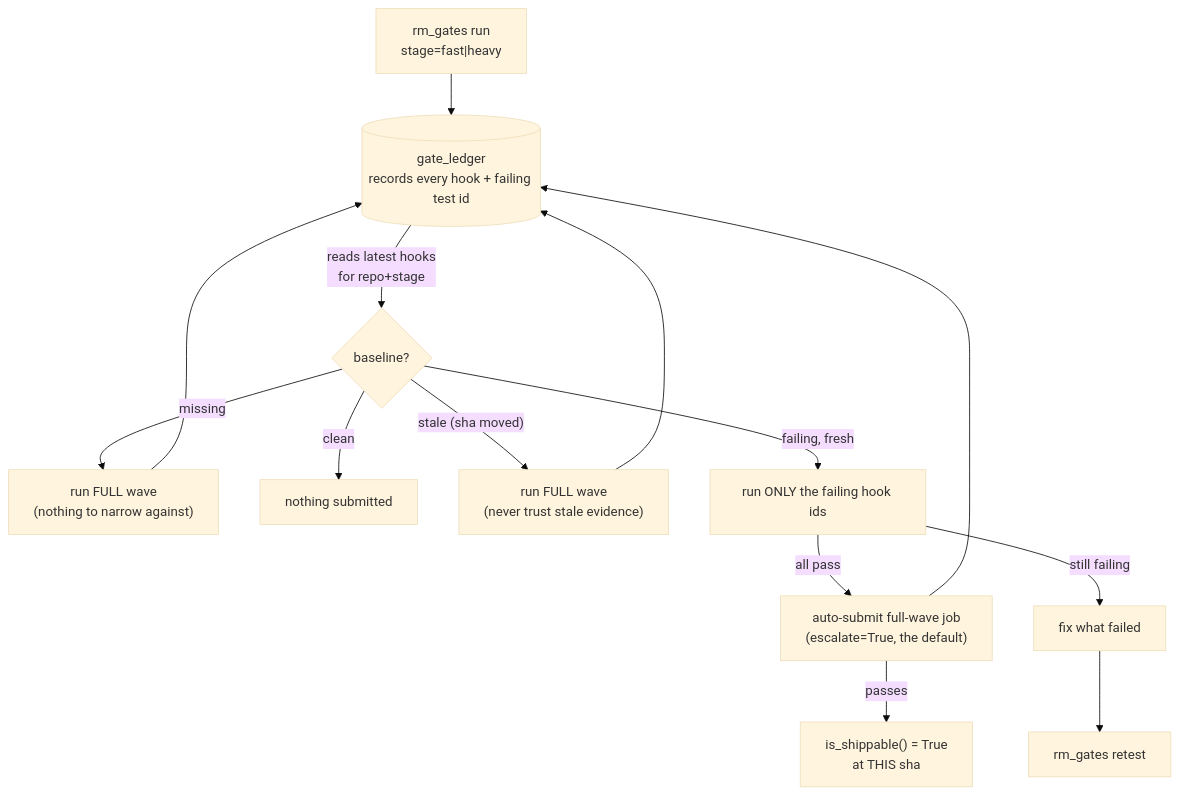
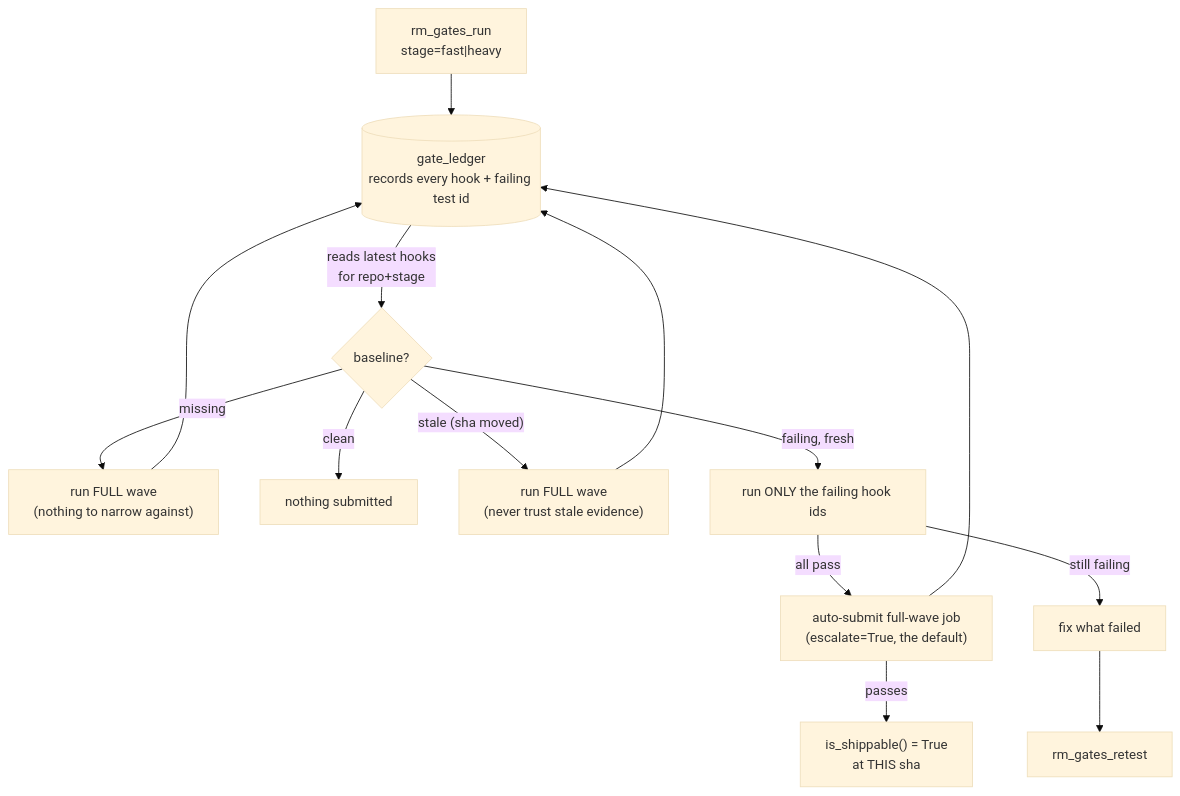
The diagram in repository_manager/skills/repository-manager-gate-execution/SKILL.md (Knuckles-Team/repository-manager), drawn with Mermaid (base theme) before and after one commit. The commit also changed other lines of this file and 33 other files, not shown here.

````diff
--- a/repository_manager/skills/repository-manager-gate-execution/SKILL.md
+++ b/repository_manager/skills/repository-manager-gate-execution/SKILL.md
@@ -140,16 +140,16 @@
 ```mermaid
 flowchart TD
-    Run["rm_gates run<br/>stage=fast|heavy"] --> Ledger[("gate_ledger<br/>records every hook + failing test id")]
-    Fix["fix what failed"] --> Retest["rm_gates retest"]
+    Run["rm_gates_run<br/>stage=fast|heavy"] --> Ledger[("gate_ledger<br/>records every hook + failing test id")]
+    Fix["fix what failed"] --> Retest["rm_gates_retest"]
     Ledger -->|"reads latest hooks<br/>for repo+stage"| Plan{"baseline?"}
     Plan -->|"missing"| Full1["run FULL wave<br/>(nothing to narrow against)"]
     Plan -->|"clean"| NoOp["nothing submitted"]
     Plan -->|"stale (sha moved)"| Full2["run FULL wave<br/>(never trust stale evidence)"]
     Plan -->|"failing, fresh"| Narrow["run ONLY the failing hook ids"]
     Narrow -->|"all pass"| Escalate["auto-submit full-wave job<br/>(escalate=True, the default)"]
     Narrow -->|"still failing"| Fix
     Full1 --> Ledger
     Full2 --> Ledger
     Escalate --> Ledger
     Escalate -->|"passes"| Shippable["is_shippable() = True<br/>at THIS sha"]
 ```
````
